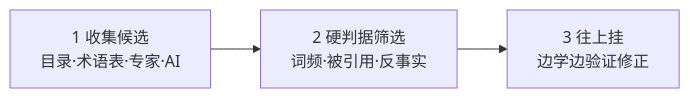
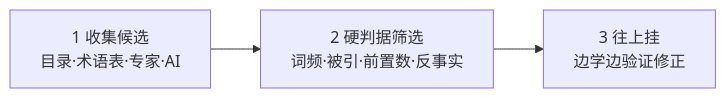
One commit to Yongjunzhou/AOS-system-design changed the fourth of 6 diagrams in 100-subprojects/01-系统工程研究/03-架构师是个怎样的物种/01-第1章-概念体系能力-学习能力的杠杆.md. Above: the diagram before and after it, drawn with Mermaid. The commit also changed other lines of this file and 3 other files, not shown here.

````diff
--- a/100-subprojects/01-系统工程研究/03-架构师是个怎样的物种/01-第1章-概念体系能力-学习能力的杠杆.md
+++ b/100-subprojects/01-系统工程研究/03-架构师是个怎样的物种/01-第1章-概念体系能力-学习能力的杠杆.md
@@ -482,5 +482,5 @@
 ```mermaid
 flowchart LR
-    A["1 收集候选<br/>目录·术语表·专家·AI"] --> B["2 硬判据筛选<br/>词频·被引用·反事实"]
+    A["1 收集候选<br/>目录·术语表·专家·AI"] --> B["2 硬判据筛选<br/>词频·被引·前置数·反事实"]
     B --> C["3 往上挂<br/>边学边验证修正"]
 ```
````
